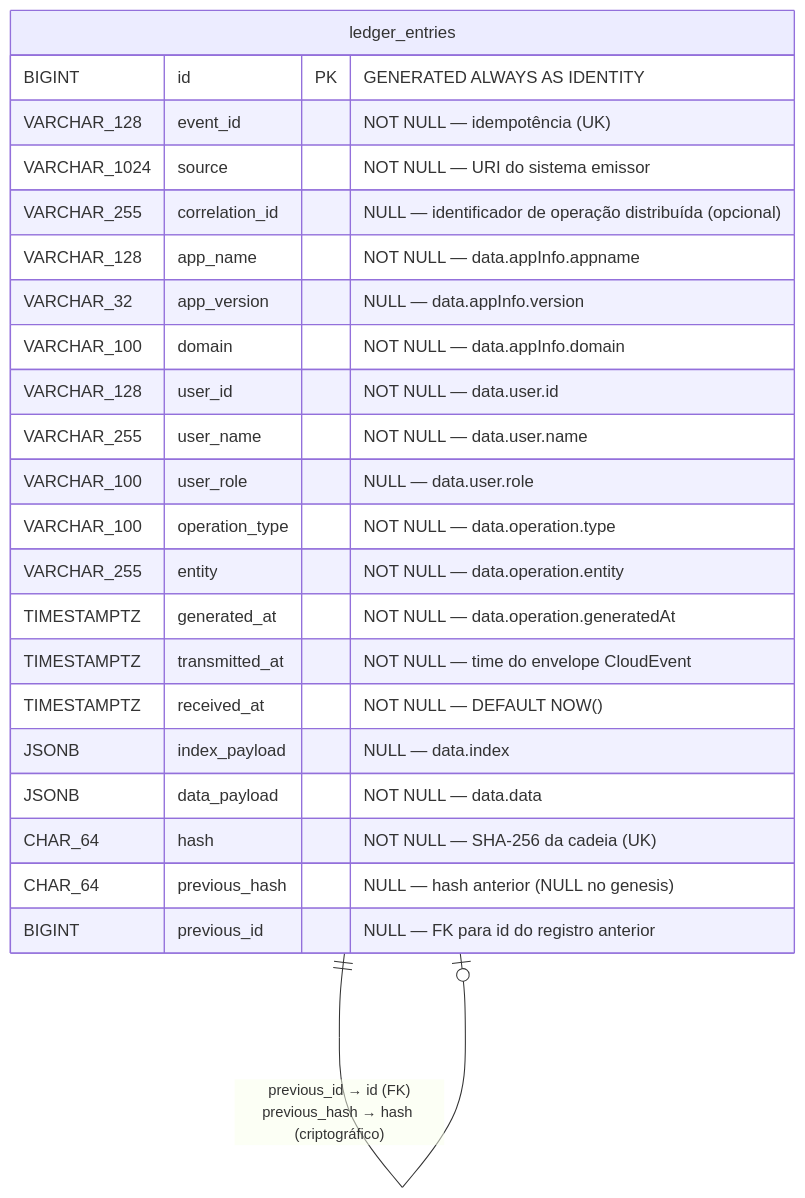
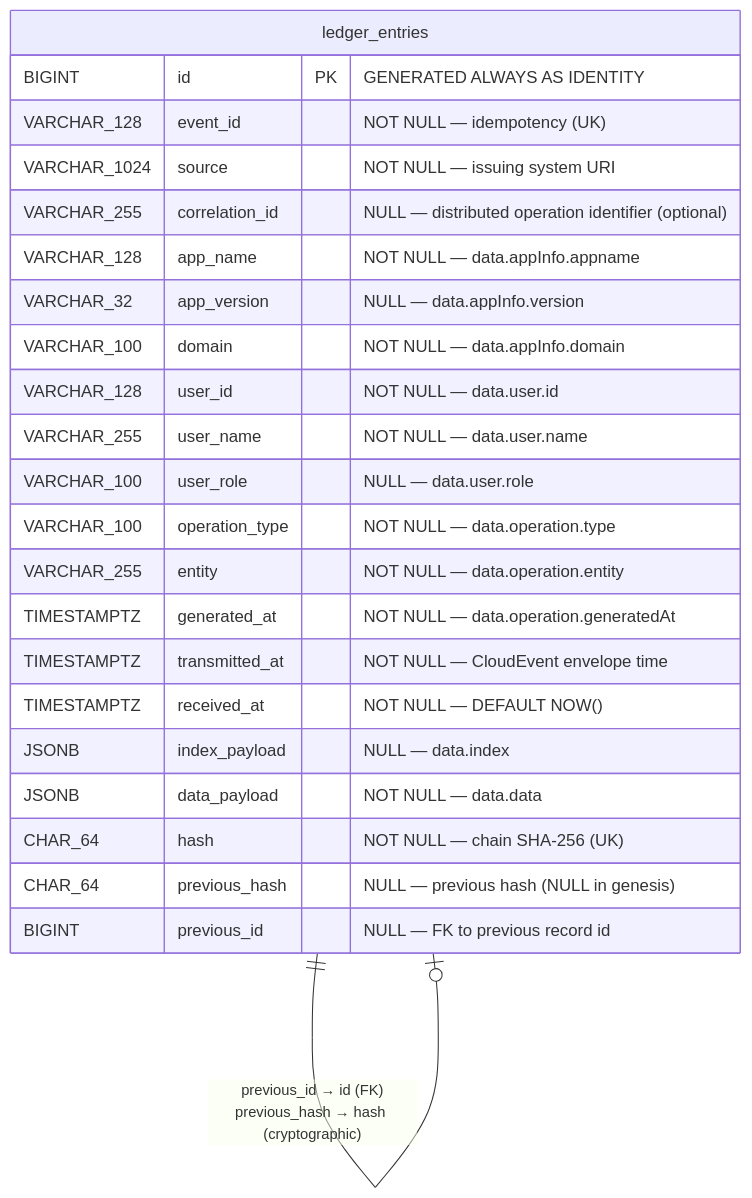
The second of 4 diagrams in docs/Process/Features/FT-03-persistencia-imutavel.md (blogdoft/RavenLedger), drawn with Mermaid before and after one commit. The commit also changed other lines of this file and 12 other files, not shown here.

````diff
--- a/docs/Process/Features/FT-03-persistencia-imutavel.md
+++ b/docs/Process/Features/FT-03-persistencia-imutavel.md
@@ -99,27 +99,27 @@
 ```mermaid
 erDiagram
     ledger_entries {
         BIGINT id PK "GENERATED ALWAYS AS IDENTITY"
-        VARCHAR_128 event_id "NOT NULL — idempotência (UK)"
-        VARCHAR_1024 source "NOT NULL — URI do sistema emissor"
-        VARCHAR_255 correlation_id "NULL — identificador de operação distribuída (opcional)"
+        VARCHAR_128 event_id "NOT NULL — idempotency (UK)"
+        VARCHAR_1024 source "NOT NULL — issuing system URI"
+        VARCHAR_255 correlation_id "NULL — distributed operation identifier (optional)"
         VARCHAR_128 app_name "NOT NULL — data.appInfo.appname"
         VARCHAR_32 app_version "NULL — data.appInfo.version"
         VARCHAR_100 domain "NOT NULL — data.appInfo.domain"
         VARCHAR_128 user_id "NOT NULL — data.user.id"
         VARCHAR_255 user_name "NOT NULL — data.user.name"
         VARCHAR_100 user_role "NULL — data.user.role"
         VARCHAR_100 operation_type "NOT NULL — data.operation.type"
         VARCHAR_255 entity "NOT NULL — data.operation.entity"
         TIMESTAMPTZ generated_at "NOT NULL — data.operation.generatedAt"
-        TIMESTAMPTZ transmitted_at "NOT NULL — time do envelope CloudEvent"
+        TIMESTAMPTZ transmitted_at "NOT NULL — CloudEvent envelope time"
         TIMESTAMPTZ received_at "NOT NULL — DEFAULT NOW()"
         JSONB index_payload "NULL — data.index"
         JSONB data_payload "NOT NULL — data.data"
-        CHAR_64 hash "NOT NULL — SHA-256 da cadeia (UK)"
-        CHAR_64 previous_hash "NULL — hash anterior (NULL no genesis)"
-        BIGINT previous_id "NULL — FK para id do registro anterior"
+        CHAR_64 hash "NOT NULL — chain SHA-256 (UK)"
+        CHAR_64 previous_hash "NULL — previous hash (NULL in genesis)"
+        BIGINT previous_id "NULL — FK to previous record id"
     }
 
-    ledger_entries ||--o| ledger_entries : "previous_id → id (FK)<br/>previous_hash → hash (criptográfico)"
+    ledger_entries ||--o| ledger_entries : "previous_id → id (FK)<br/>previous_hash → hash (cryptographic)"
 ```
````
